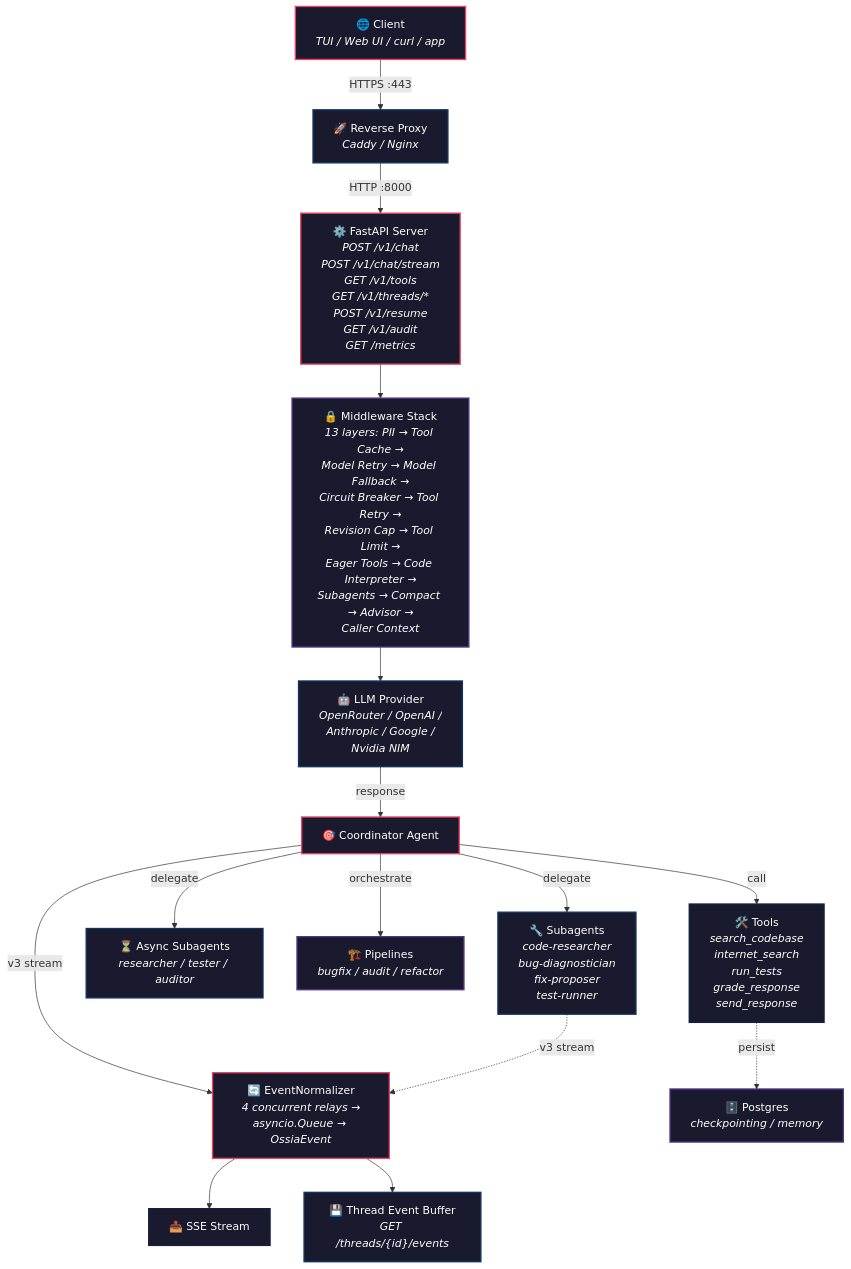
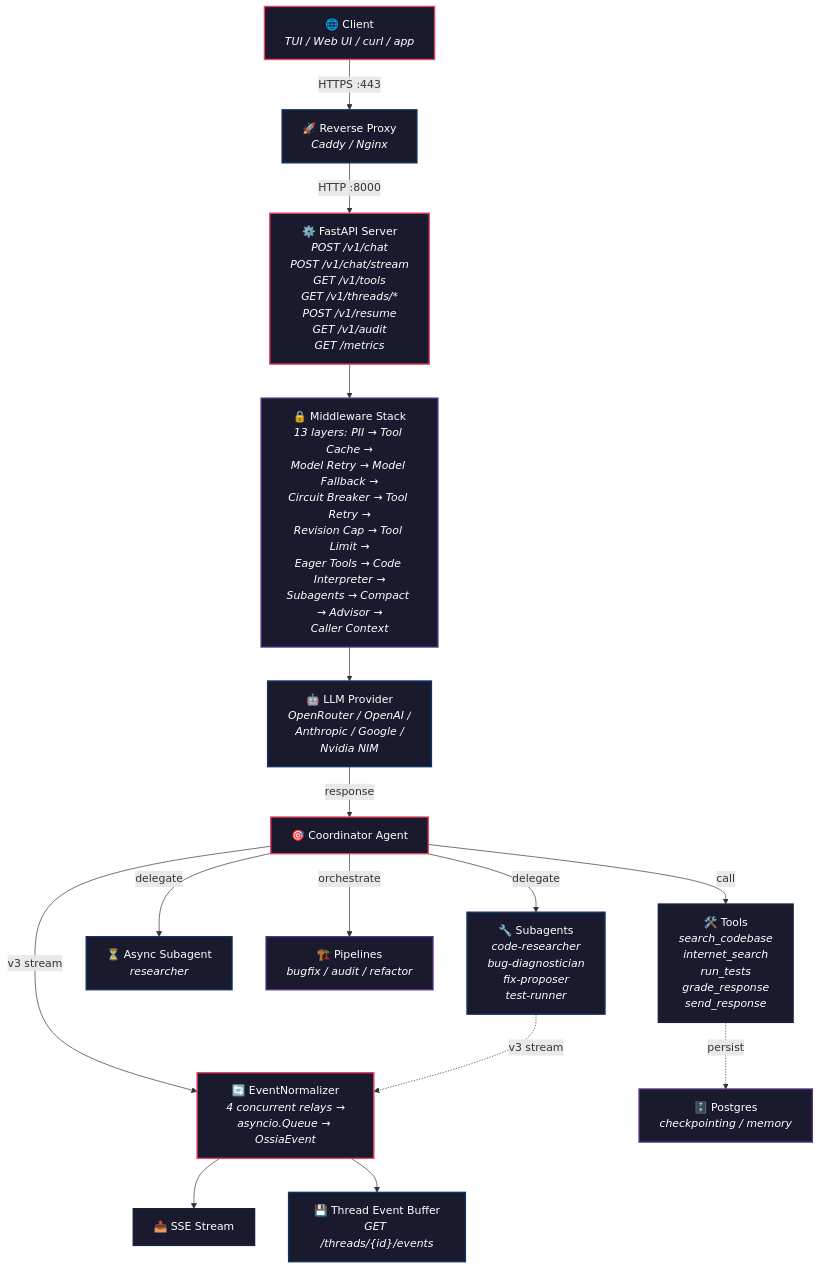
The diagram in README.md (Kiy-K/Ossia), drawn with Mermaid before and after one commit. The commit also changed other lines of this file and 13 other files, not shown here.

````diff
--- a/README.md
+++ b/README.md
@@ -37,47 +37,47 @@
 ```mermaid
 flowchart TB
     Client["🌐 Client<br/><i>TUI / Web UI / curl / app</i>"]
     Proxy["🚀 Reverse Proxy<br/><i>Caddy / Nginx</i>"]
     API["⚙️ FastAPI Server<br/><i>POST /v1/chat<br/>POST /v1/chat/stream<br/>GET /v1/tools<br/>GET /v1/threads/*<br/>POST /v1/resume<br/>GET /v1/audit<br/>GET /metrics</i>"]
     MW["🔒 Middleware Stack<br/><i>13 layers: PII → Tool Cache →<br/>Model Retry → Model Fallback →<br/>Circuit Breaker → Tool Retry →<br/>Revision Cap → Tool Limit →<br/>Eager Tools → Code Interpreter →<br/>Subagents → Compact → Advisor →<br/>Caller Context</i>"]
     LLM["🤖 LLM Provider<br/><i>OpenRouter / OpenAI /<br/>Anthropic / Google /<br/>Nvidia NIM</i>"]
     COORD["🎯 Coordinator Agent"]
     SUB["🔧 Subagents<br/><i>code-researcher<br/>bug-diagnostician<br/>fix-proposer<br/>test-runner</i>"]
-    ASYNC["⏳ Async Subagents<br/><i>researcher / tester / auditor</i>"]
+    ASYNC["⏳ Async Subagent<br/><i>researcher</i>"]
     PIPE["🏗️ Pipelines<br/><i>bugfix / audit / refactor</i>"]
     TOOLS["🛠️ Tools<br/><i>search_codebase<br/>internet_search<br/>run_tests<br/>grade_response<br/>send_response</i>"]
     NORM["🔄 EventNormalizer<br/><i>4 concurrent relays →<br/>asyncio.Queue → OssiaEvent</i>"]
     SSE["📤 SSE Stream"]
     BUF["💾 Thread Event Buffer<br/><i>GET /threads/{id}/events</i>"]
     POSTGRES["🗄️ Postgres<br/><i>checkpointing / memory</i>"]
 
     Client -->|HTTPS :443| Proxy
     Proxy -->|HTTP :8000| API
     API --> MW
     MW --> LLM
     LLM -->|response| COORD
     COORD -->|delegate| SUB
     COORD -->|delegate| ASYNC
     COORD -->|orchestrate| PIPE
     COORD -->|call| TOOLS
     TOOLS -.->|persist| POSTGRES
     COORD -->|v3 stream| NORM
     SUB -.->|v3 stream| NORM
     NORM --> SSE
     NORM --> BUF
 
     style Client fill:#1a1a2e,stroke:#e94560,stroke-width:2px,color:#fff
     style Proxy fill:#1a1a2e,stroke:#0f3460,stroke-width:2px,color:#fff
     style API fill:#1a1a2e,stroke:#e94560,stroke-width:2px,color:#fff
     style MW fill:#1a1a2e,stroke:#533483,stroke-width:2px,color:#fff
     style LLM fill:#1a1a2e,stroke:#0f3460,stroke-width:2px,color:#fff
     style COORD fill:#1a1a2e,stroke:#e94560,stroke-width:2px,color:#fff
     style SUB fill:#1a1a2e,stroke:#0f3460,stroke-width:2px,color:#fff
     style ASYNC fill:#1a1a2e,stroke:#0f3460,stroke-width:2px,color:#fff
     style PIPE fill:#1a1a2e,stroke:#533483,stroke-width:2px,color:#fff
     style TOOLS fill:#1a1a2e,stroke:#16213e,stroke-width:2px,color:#fff
     style NORM fill:#1a1a2e,stroke:#e94560,stroke-width:2px,color:#fff
     style SSE fill:#1a1a2e,stroke:#16213e,stroke-width:2px,color:#fff
     style BUF fill:#1a1a2e,stroke:#0f3460,stroke-width:2px,color:#fff
     style POSTGRES fill:#1a1a2e,stroke:#533483,stroke-width:2px,color:#fff
 ```
````
